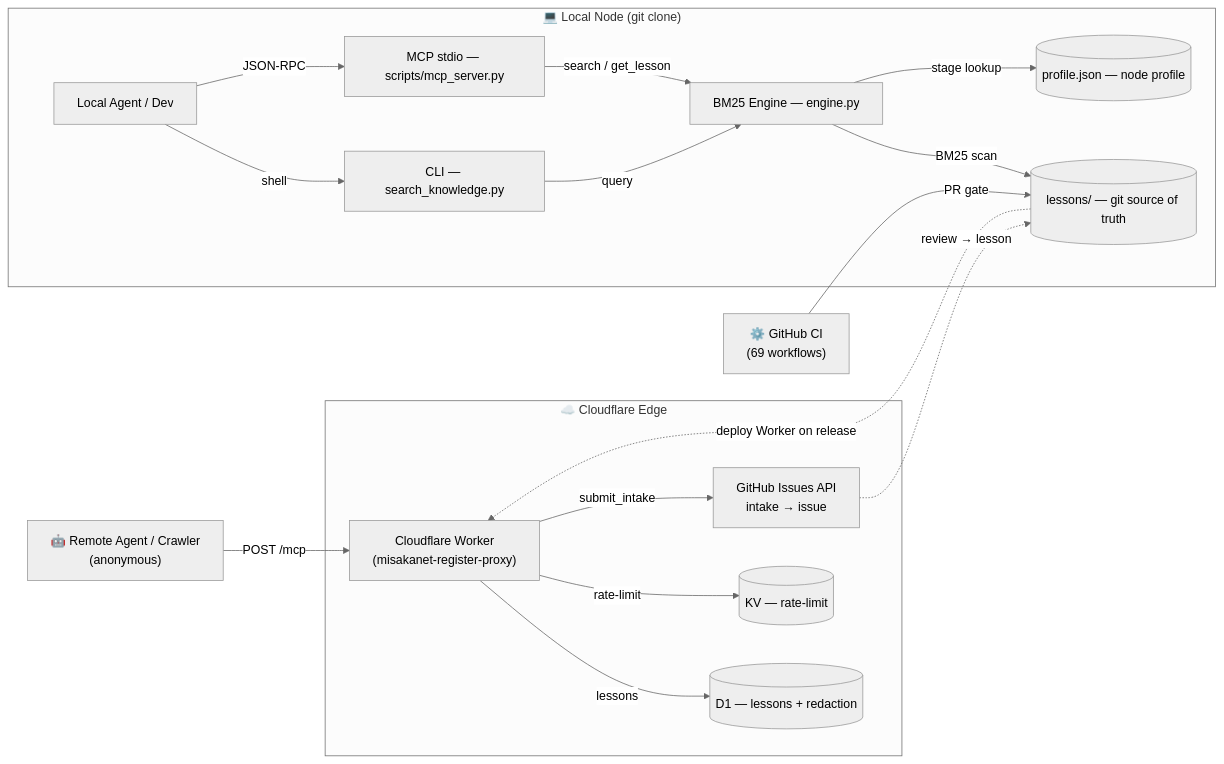
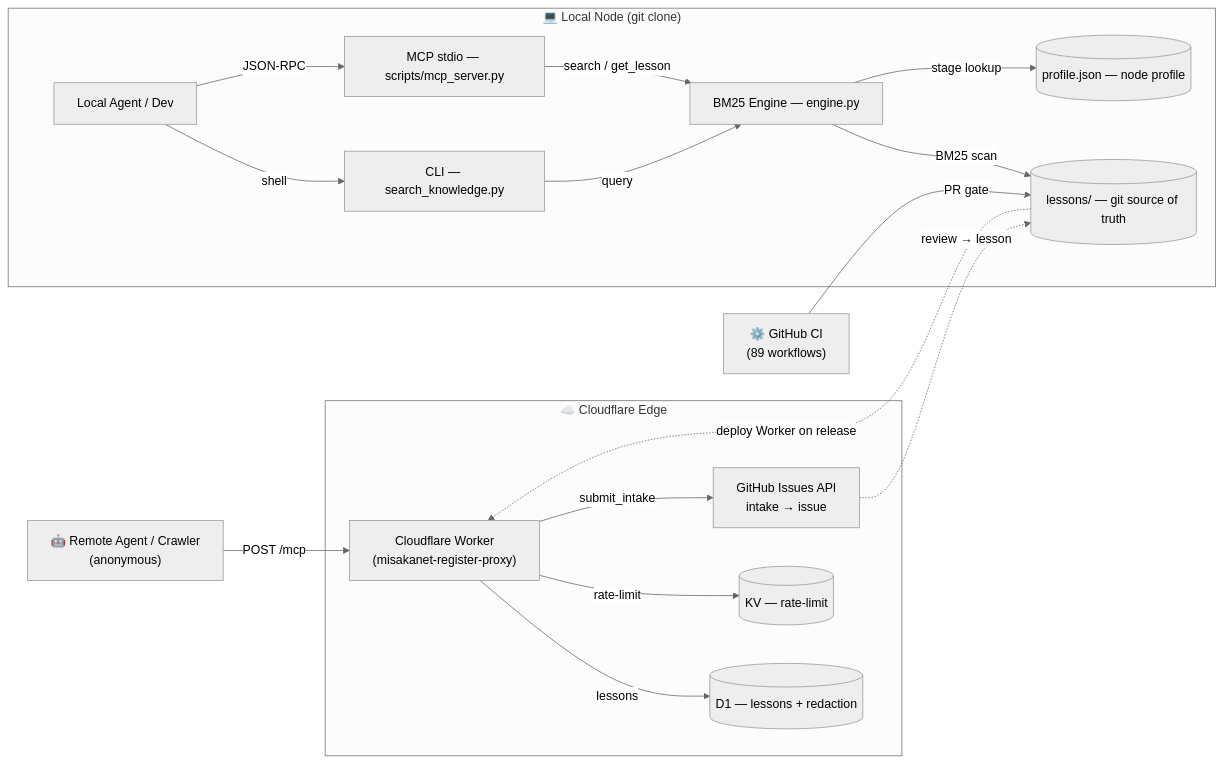
Before and after one commit to Ikalus1988/MisakaNet: the diagram in ARCHITECTURE.md, drawn with Mermaid (neutral theme). The commit also changed other lines of this file and 12 other files, not shown here.

````diff
--- a/ARCHITECTURE.md
+++ b/ARCHITECTURE.md
@@ -131,37 +131,37 @@
 ```mermaid
 flowchart LR
     subgraph Edge["☁️ Cloudflare Edge"]
         Worker["Cloudflare Worker<br/>(misakanet-register-proxy)"]
         D1[("D1 — lessons + redaction")]
         KV[("KV — rate-limit")]
         Intake["GitHub Issues API<br/>intake → issue"]
     end
 
     subgraph Local["💻 Local Node (git clone)"]
         User["Local Agent / Dev"]
         CLI["CLI — search_knowledge.py"]
         MCP["MCP stdio — scripts/mcp_server.py"]
         Engine["BM25 Engine — engine.py"]
         Lessons[("lessons/ — git source of truth")]
         Profile[("profile.json — node profile")]
     end
 
     Crawler["🤖 Remote Agent / Crawler<br/>(anonymous)"]
-    CI["⚙️ GitHub CI<br/>(69 workflows)"]
+    CI["⚙️ GitHub CI<br/>(89 workflows)"]
 
     Crawler -- "POST /mcp" --> Worker
     Worker -- "lessons" --> D1
     Worker -- "rate-limit" --> KV
     Worker -- "submit_intake" --> Intake
     Intake -. "review → lesson" .-> Lessons
 
     User -- "shell" --> CLI
     User -- "JSON-RPC" --> MCP
     CLI -- "query" --> Engine
     MCP -- "search / get_lesson" --> Engine
     Engine -- "BM25 scan" --> Lessons
     Engine -- "stage lookup" --> Profile
 
     CI -- "PR gate" --> Lessons
     Lessons -. "deploy Worker on release" .-> Worker
 ```
````
